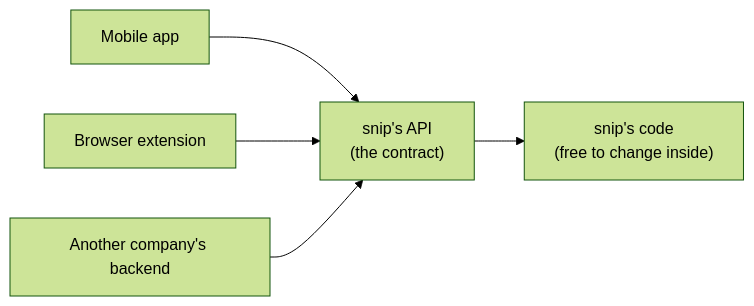
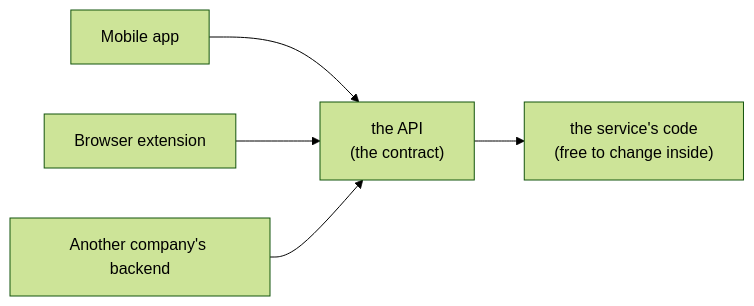
The diagram in docs/apis/designing-rest-apis.mdx (jawwadzafar/zero-to-prod), drawn with Mermaid (forest theme) before and after one commit. The commit also changed other lines of this file and 6 other files, not shown here.

Commit message:
docs: 5.2 teaches REST design on a to-do API (/tasks) and adds snip/examples/tasks, a small layered API readers can run; snip's routes, statuses and JSON move to 'Apply it to snip'; the lab starts standalone

````diff
--- a/docs/apis/designing-rest-apis.mdx
+++ b/docs/apis/designing-rest-apis.mdx
@@ -25,7 +25,7 @@
 ```mermaid
 flowchart LR
-    A["Mobile app"] --> API["snip's API<br/>(the contract)"]
+    A["Mobile app"] --> API["the API<br/>(the contract)"]
     B["Browser extension"] --> API
     C["Another company's backend"] --> API
-    API --> S["snip's code<br/>(free to change inside)"]
+    API --> S["the service's code<br/>(free to change inside)"]
 ```
````
